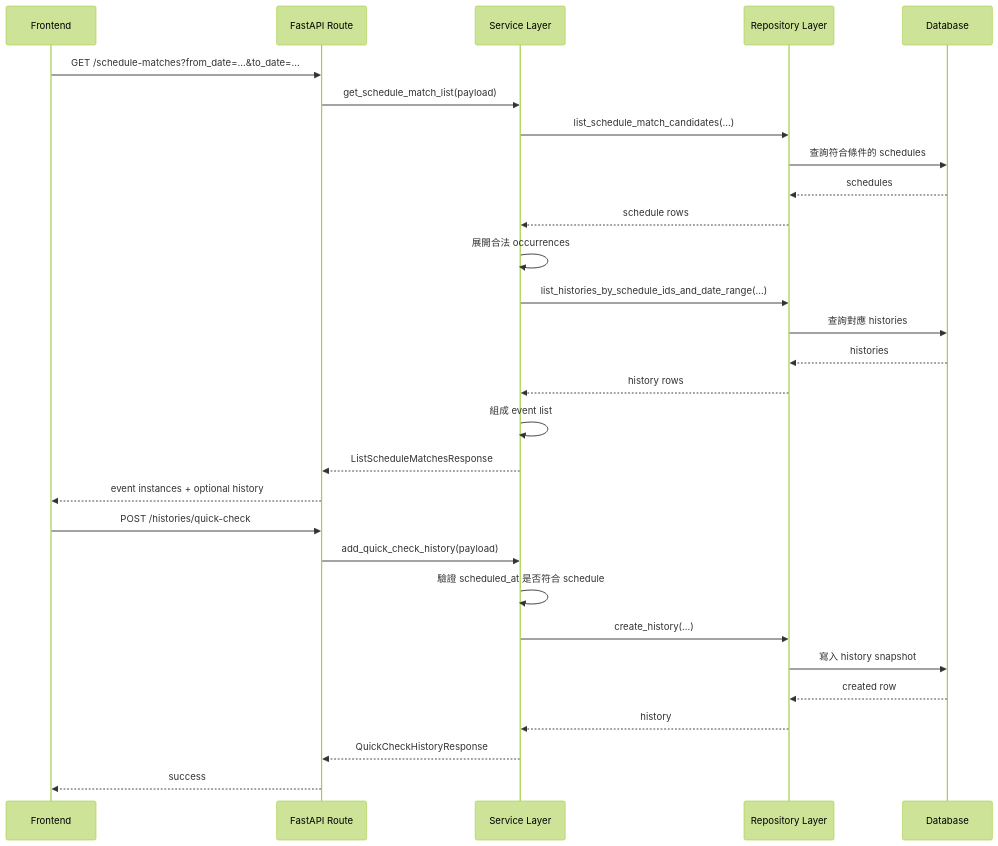
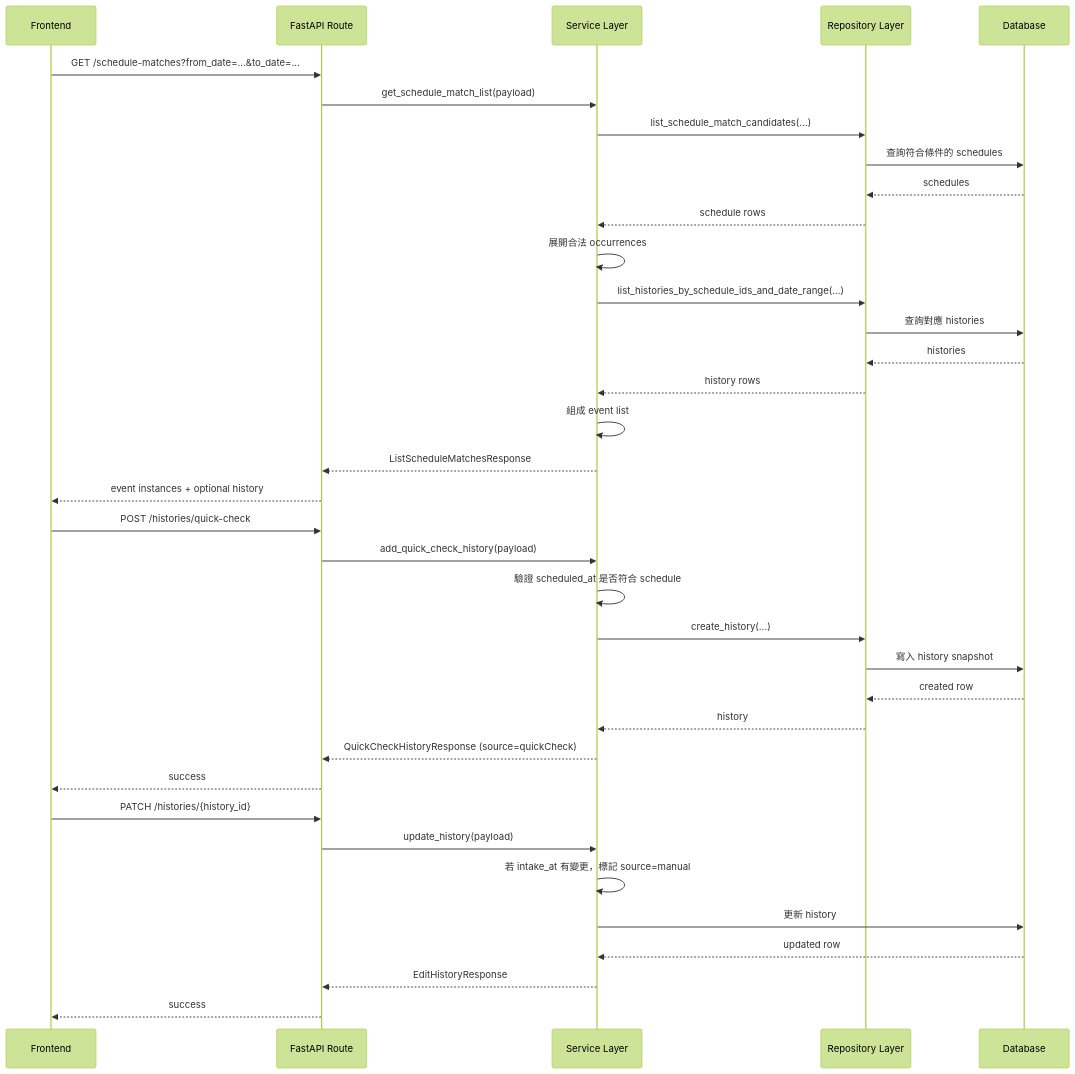
The diagram in docs/api-flow.md (y0000ga/medi-check-backend), drawn with Mermaid (forest theme) before and after one commit. The commit also changed other lines of this file and 9 other files, not shown here.

Commit message:
fix: manual/quick check schedule

````diff
--- a/docs/api-flow.md
+++ b/docs/api-flow.md
@@ -142,33 +183,41 @@
 ```mermaid
 sequenceDiagram
     participant FE as Frontend
     participant API as FastAPI Route
     participant SVC as Service Layer
     participant REPO as Repository Layer
     participant DB as Database
 
     FE->>API: GET /schedule-matches?from_date=...&to_date=...
     API->>SVC: get_schedule_match_list(payload)
     SVC->>REPO: list_schedule_match_candidates(...)
     REPO->>DB: 查詢符合條件的 schedules
     DB-->>REPO: schedules
     REPO-->>SVC: schedule rows
     SVC->>SVC: 展開合法 occurrences
     SVC->>REPO: list_histories_by_schedule_ids_and_date_range(...)
     REPO->>DB: 查詢對應 histories
     DB-->>REPO: histories
     REPO-->>SVC: history rows
     SVC->>SVC: 組成 event list
     SVC-->>API: ListScheduleMatchesResponse
     API-->>FE: event instances + optional history
 
     FE->>API: POST /histories/quick-check
     API->>SVC: add_quick_check_history(payload)
     SVC->>SVC: 驗證 scheduled_at 是否符合 schedule
     SVC->>REPO: create_history(...)
     REPO->>DB: 寫入 history snapshot
     DB-->>REPO: created row
     REPO-->>SVC: history
-    SVC-->>API: QuickCheckHistoryResponse
+    SVC-->>API: QuickCheckHistoryResponse (source=quickCheck)
+    API-->>FE: success
+
+    FE->>API: PATCH /histories/{history_id}
+    API->>SVC: update_history(payload)
+    SVC->>SVC: 若 intake_at 有變更，標記 source=manual
+    SVC->>DB: 更新 history
+    DB-->>SVC: updated row
+    SVC-->>API: EditHistoryResponse
     API-->>FE: success
 ```
````
